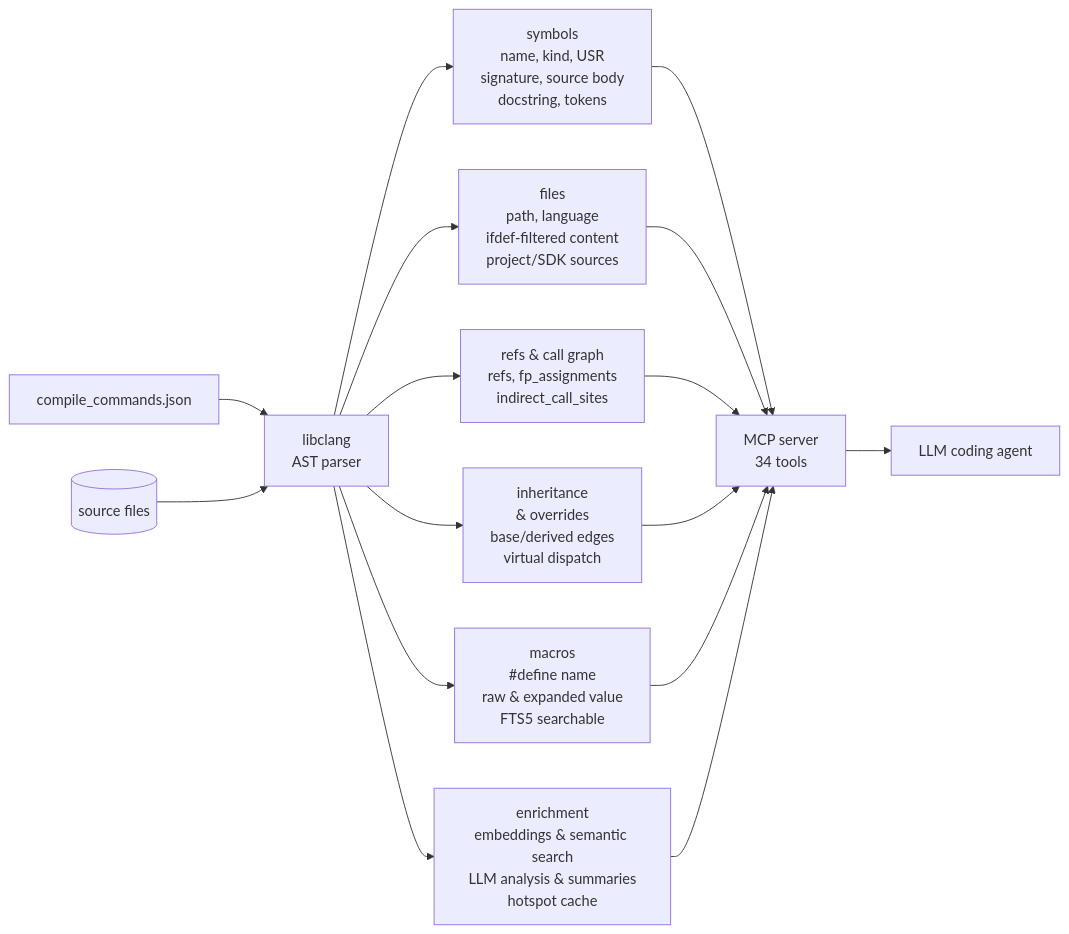
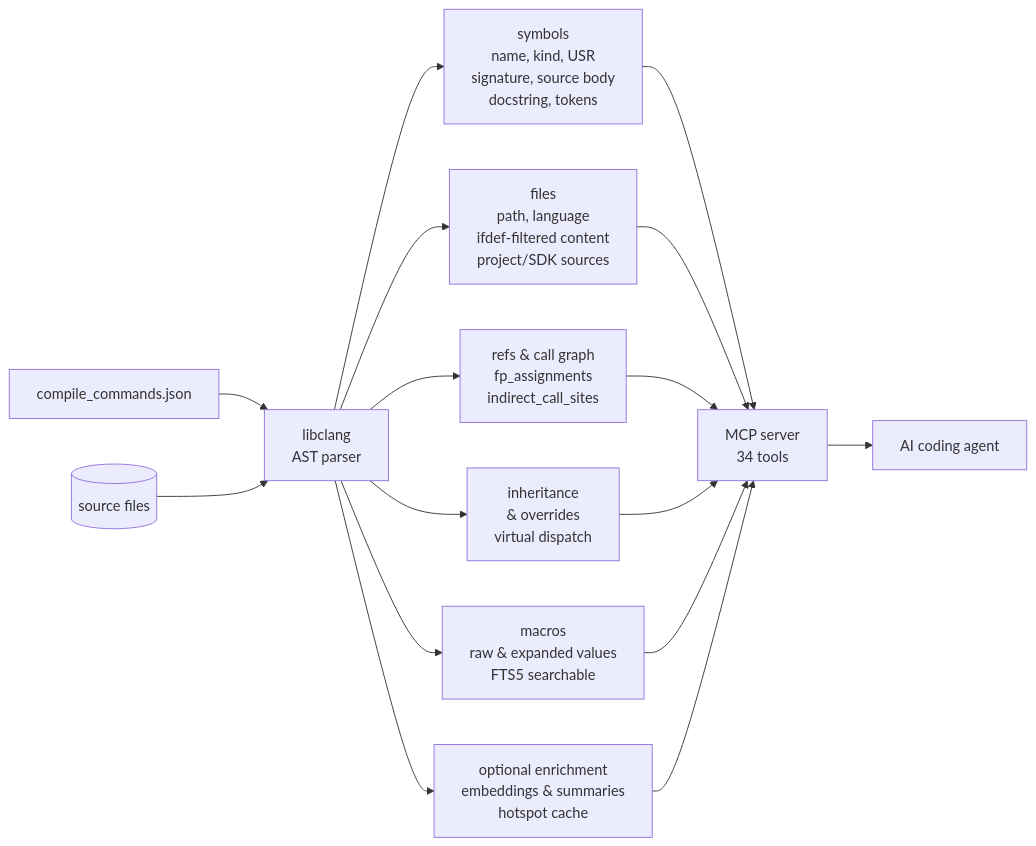
One commit to turbyho/fw-context-mcp changed the diagram in README.md. Above: the diagram before and after it, drawn with Mermaid. The commit also changed other lines of this file, not shown here.

````diff
--- a/README.md
+++ b/README.md
@@ -49,7 +105,7 @@
 ```mermaid
 flowchart LR
     CCJ[compile_commands.json] & SRC[(source files)] --> LIBCLANG[libclang<br/>AST parser]
-    LIBCLANG --> SYMBOLS[symbols<br/>name, kind, USR<br/>signature, source body<br/>docstring, tokens] & FILES[files<br/>path, language<br/>ifdef-filtered content<br/>project/SDK sources] & REFS[refs &amp; call graph<br/>refs, fp_assignments<br/>indirect_call_sites] & INHERIT[inheritance<br/>&amp; overrides<br/>base/derived edges<br/>virtual dispatch] & MACROS[macros<br/>#define name<br/>raw &amp; expanded value<br/>FTS5 searchable] & ENRICH[enrichment<br/>embeddings &amp; semantic search<br/>LLM analysis &amp; summaries<br/>hotspot cache]
+    LIBCLANG --> SYMBOLS[symbols<br/>name, kind, USR<br/>signature, source body<br/>docstring, tokens] & FILES[files<br/>path, language<br/>ifdef-filtered content<br/>project/SDK sources] & REFS[refs &amp; call graph<br/>fp_assignments<br/>indirect_call_sites] & INHERIT[inheritance<br/>&amp; overrides<br/>virtual dispatch] & MACROS[macros<br/>raw &amp; expanded values<br/>FTS5 searchable] & ENRICH[optional enrichment<br/>embeddings &amp; summaries<br/>hotspot cache]
     SYMBOLS & FILES & REFS & INHERIT & MACROS & ENRICH --> MCP[MCP server<br/>34 tools]
-    MCP --> LLM[LLM coding agent]
+    MCP --> LLM[AI coding agent]
 ```
````
